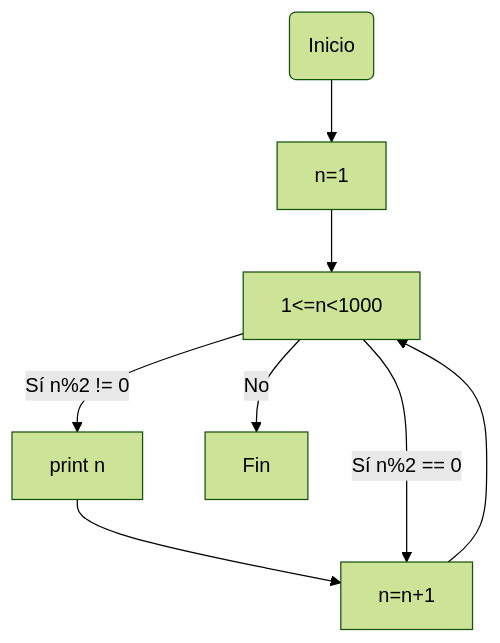
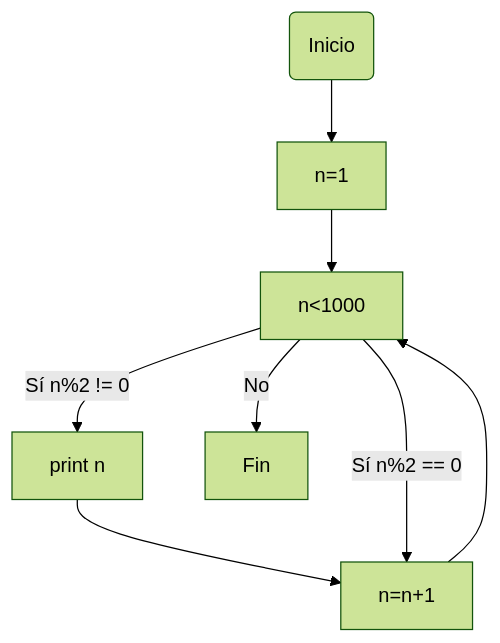
The second of 4 diagrams in README.md (Matrodri18/Reto-6), drawn with Mermaid (forest theme) before and after one commit.

````diff
--- a/README.md
+++ b/README.md
@@ -16,10 +16,10 @@
 ```mermaid
 flowchart TD
     A(Inicio) --> B[n=1]
-    B --> C[1<=n<1000]
+    B --> C[n<1000]
     C --> |Sí n%2 != 0|D["print n"]
     D --> E["n=n+1"]
     E --> C
     C --> |Sí n%2 == 0|E 
     C --> |No|F[Fin]
 ```
````
